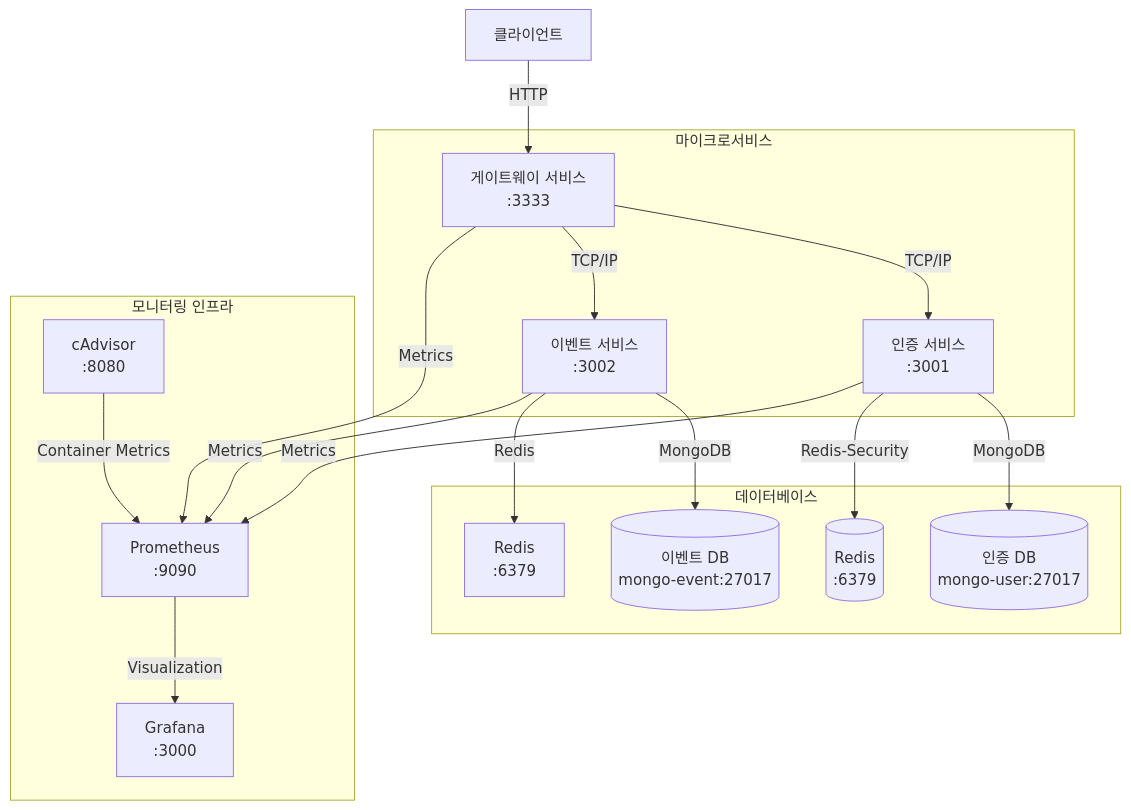
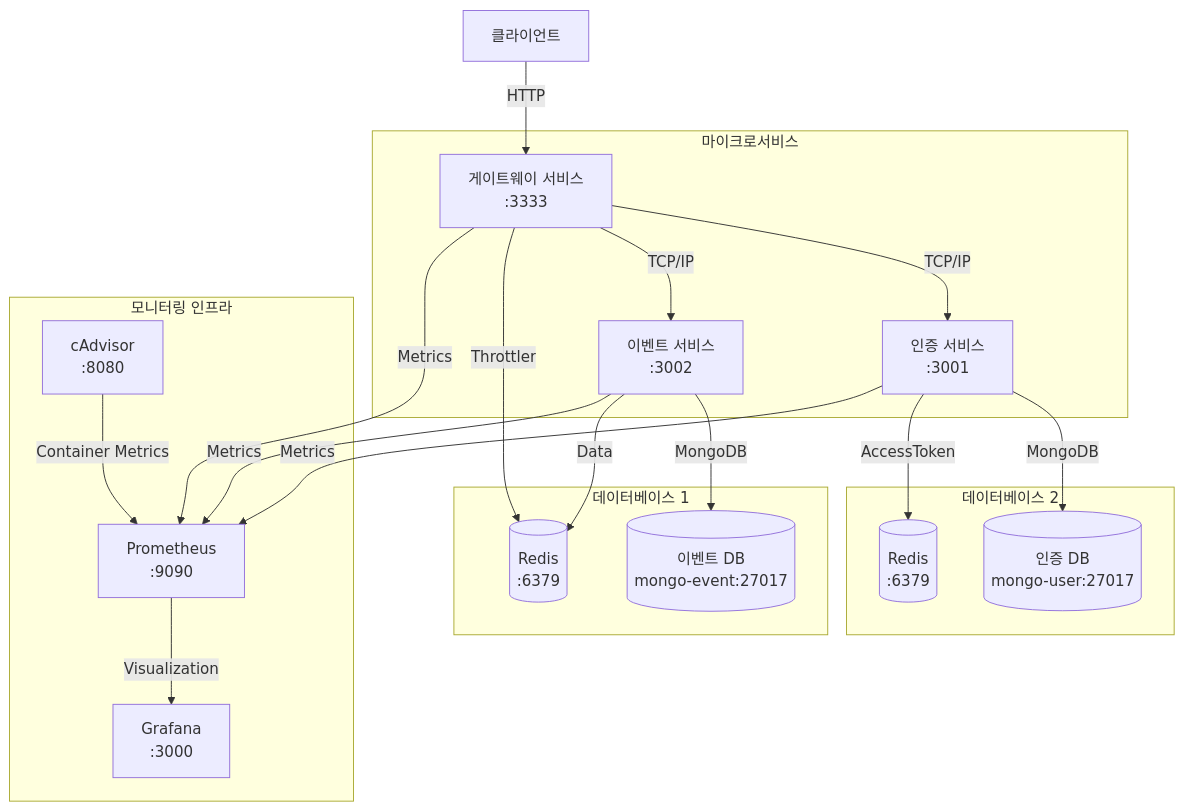
Before and after one commit to heozeop/event-server: the diagram in README.md, drawn with Mermaid. The commit also changed other lines of this file and 1 other file, not shown here.

Commit message:
docs(readme): update database architecture in README; clarify Redis usage for throttling and authentication tokens

````diff
--- a/README.md
+++ b/README.md
@@ -24,24 +24,28 @@
 ```mermaid
 graph TD
     Client[클라이언트] -->|HTTP| GW[게이트웨이 서비스\n:3333]
 
     subgraph "마이크로서비스"
         GW -->|TCP/IP| Auth[인증 서비스\n:3001]
         GW -->|TCP/IP| Event[이벤트 서비스\n:3002]
     end
 
-    subgraph "데이터베이스"
+    subgraph "데이터베이스 1"
+        Event -->|MongoDB| EventDB[(이벤트 DB\nmongo-event:27017)]
+        Event -->|Data| Redis-Data[(Redis\n:6379)]
+        GW -->|Throttler| Redis-Data[(Redis\n:6379)]
+    end
+
+    subgraph "데이터베이스 2"
         Auth -->|MongoDB| AuthDB[(인증 DB\nmongo-user:27017)]
-        Event -->|MongoDB| EventDB[(이벤트 DB\nmongo-event:27017)]
-        Auth -->|Redis-Security| Redis-Security[(Redis\n:6379)]
-        Event -->|Redis| Redis[Redis\n:6379]
+        Auth -->|AccessToken| Redis-Security[(Redis\n:6379)]
     end
 
     subgraph "모니터링 인프라"
         GW -->|Metrics| Prometheus[Prometheus\n:9090]
         Auth -->|Metrics| Prometheus
         Event -->|Metrics| Prometheus
         Prometheus -->|Visualization| Grafana[Grafana\n:3000]
         cadvisor[cAdvisor\n:8080] -->|Container Metrics| Prometheus
     end
 ```
````
